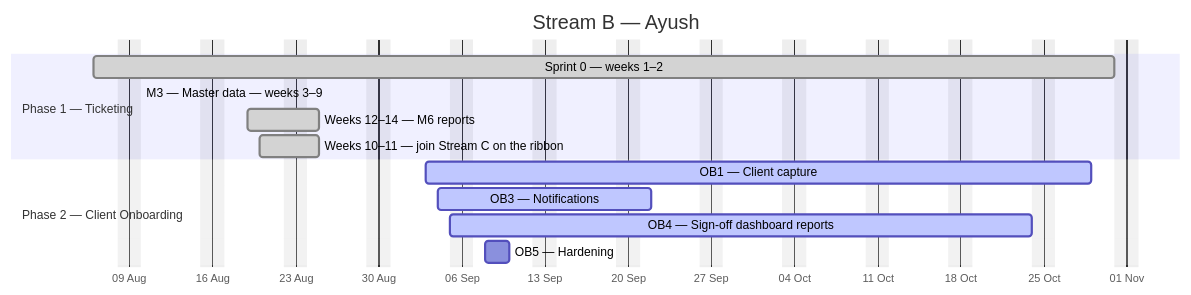
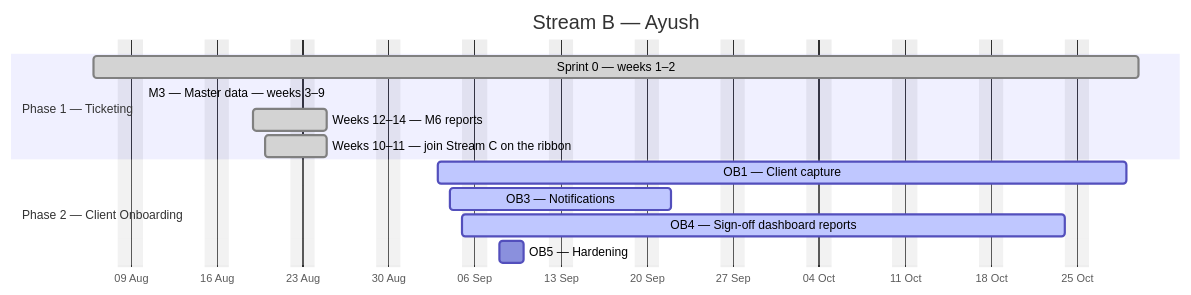
One commit to debashisedunext/EduTrack changed the second of 4 diagrams in docs/plan/GANTT.md. Above: the diagram before and after it, drawn with Mermaid. The commit also changed other lines of this file and 2 other files, not shown here.

````diff
--- a/docs/plan/GANTT.md
+++ b/docs/plan/GANTT.md
@@ -150,17 +150,17 @@
 ```mermaid
 gantt
     dateFormat YYYY-MM-DD
     axisFormat %d %b
     title Stream B — Ayush
     excludes weekends
     section Phase 1 — Ticketing
-    Sprint 0 — weeks 1–2 :done, b0, 2026-08-06, 62d
-    M3 — Master data — weeks 3–9 :done, b1, 2026-08-10, -49d
+    Sprint 0 — weeks 1–2 :done, b0, 2026-08-06, 61d
+    M3 — Master data — weeks 3–9 :done, b1, 2026-08-10, -48d
     Weeks 12–14 — M6 reports :done, b2, 2026-08-19, 4d
     Weeks 10–11 — join Stream C on the ribbon :done, b3, 2026-08-20, 3d
     section Phase 2 — Client Onboarding
     OB1 — Client capture :active, b4, 2026-09-03, 40d
     OB3 — Notifications :active, b5, 2026-09-04, 12d
     OB4 — Sign-off  dashboard  reports :active, b6, 2026-09-05, 36d
     OB5 — Hardening :b7, 2026-09-08, 2d
 ```
````
